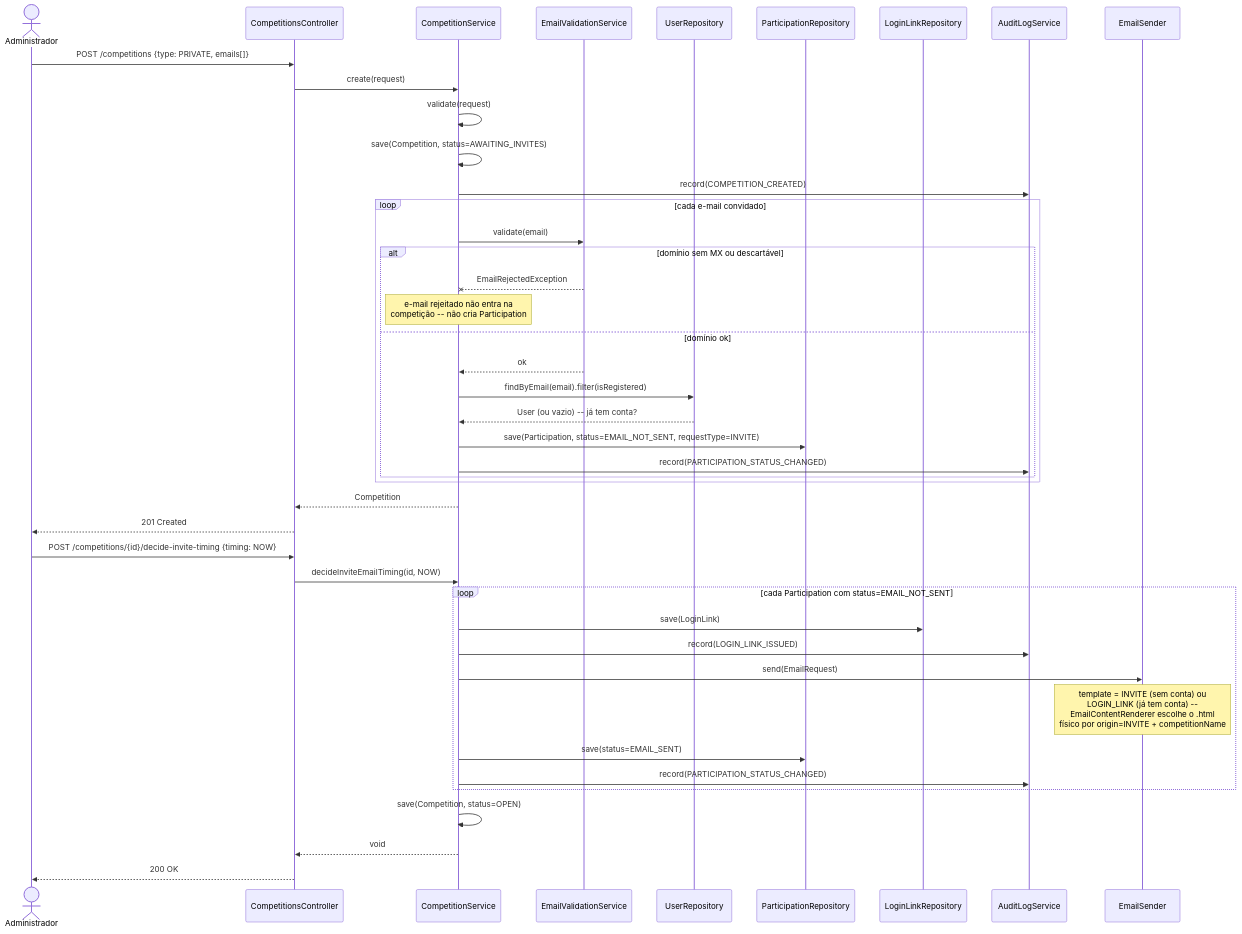
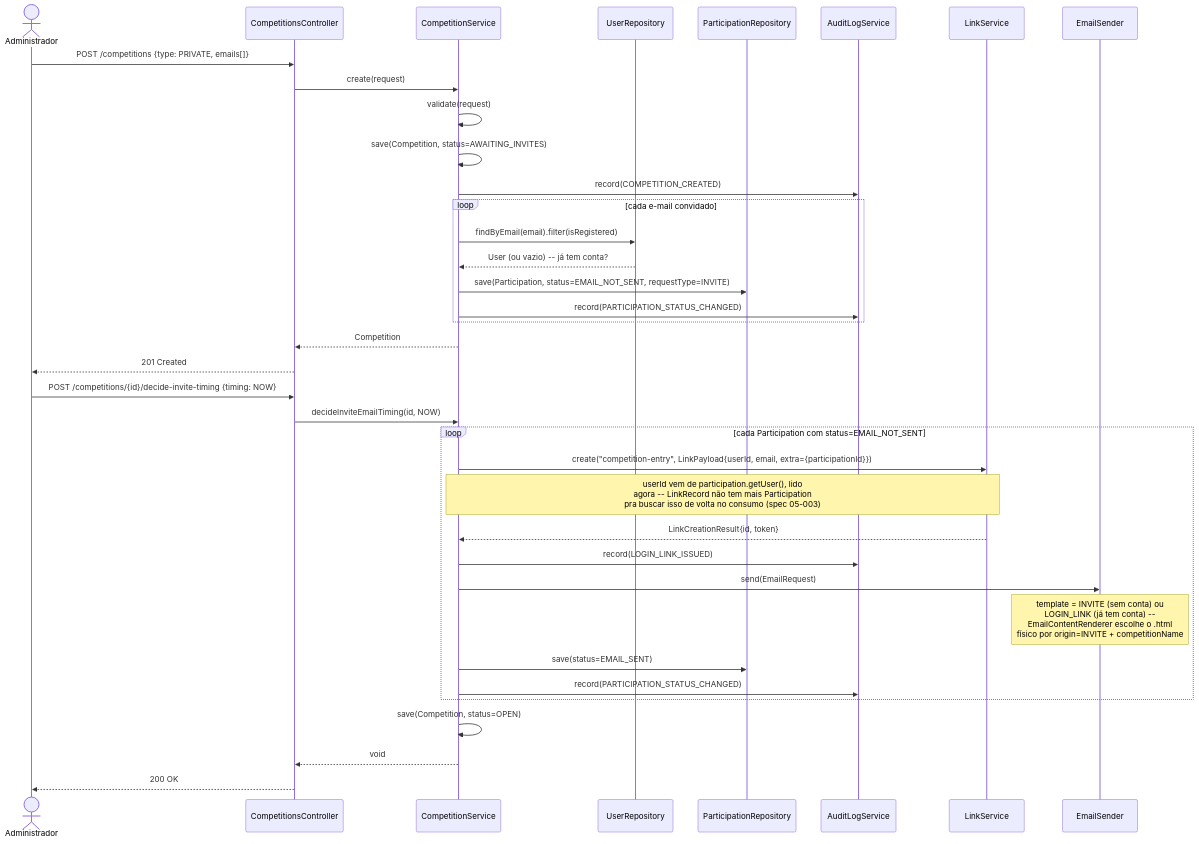
The fifth of 9 diagrams in docs/diagrams/sequencia.md (lalgarve/jogo-acoes), drawn with Mermaid before and after one commit. The commit also changed other lines of this file, not shown here.

First line of the commit message:
docs: refresh sequence diagrams for login/link after the 05-003 refactor

````diff
--- a/docs/diagrams/sequencia.md
+++ b/docs/diagrams/sequencia.md
@@ -121,47 +175,41 @@
 ```mermaid
 sequenceDiagram
     actor A as Administrador
     participant CC as CompetitionsController
     participant CS as CompetitionService
-    participant EV as EmailValidationService
     participant UR as UserRepository
     participant PR as ParticipationRepository
-    participant LLR as LoginLinkRepository
     participant AL as AuditLogService
+    participant LiS as LinkService
     participant ES as EmailSender
 
     A->>CC: POST /competitions {type: PRIVATE, emails[]}
     CC->>CS: create(request)
     CS->>CS: validate(request)
     CS->>CS: save(Competition, status=AWAITING_INVITES)
     CS->>AL: record(COMPETITION_CREATED)
     loop cada e-mail convidado
-        CS->>EV: validate(email)
-        alt domínio sem MX ou descartável
-            EV--xCS: EmailRejectedException
-            Note over CS: e-mail rejeitado não entra na<br/>competição -- não cria Participation
-        else domínio ok
-            EV-->>CS: ok
-            CS->>UR: findByEmail(email).filter(isRegistered)
-            UR-->>CS: User (ou vazio) -- já tem conta?
-            CS->>PR: save(Participation, status=EMAIL_NOT_SENT, requestType=INVITE)
-            CS->>AL: record(PARTICIPATION_STATUS_CHANGED)
-        end
+        CS->>UR: findByEmail(email).filter(isRegistered)
+        UR-->>CS: User (ou vazio) -- já tem conta?
+        CS->>PR: save(Participation, status=EMAIL_NOT_SENT, requestType=INVITE)
+        CS->>AL: record(PARTICIPATION_STATUS_CHANGED)
     end
     CS-->>CC: Competition
     CC-->>A: 201 Created
 
     A->>CC: POST /competitions/{id}/decide-invite-timing {timing: NOW}
     CC->>CS: decideInviteEmailTiming(id, NOW)
     loop cada Participation com status=EMAIL_NOT_SENT
-        CS->>LLR: save(LoginLink)
+        CS->>LiS: create("competition-entry", LinkPayload{userId, email, extra={participationId}})
+        Note over CS,LiS: userId vem de participation.getUser(), lido<br/>agora -- LinkRecord não tem mais Participation<br/>pra buscar isso de volta no consumo (spec 05-003)
+        LiS-->>CS: LinkCreationResult{id, token}
         CS->>AL: record(LOGIN_LINK_ISSUED)
         CS->>ES: send(EmailRequest)
         Note over ES: template = INVITE (sem conta) ou<br/>LOGIN_LINK (já tem conta) --<br/>EmailContentRenderer escolhe o .html<br/>físico por origin=INVITE + competitionName
         CS->>PR: save(status=EMAIL_SENT)
         CS->>AL: record(PARTICIPATION_STATUS_CHANGED)
     end
     CS->>CS: save(Competition, status=OPEN)
     CS-->>CC: void
     CC-->>A: 200 OK
 ```
````
